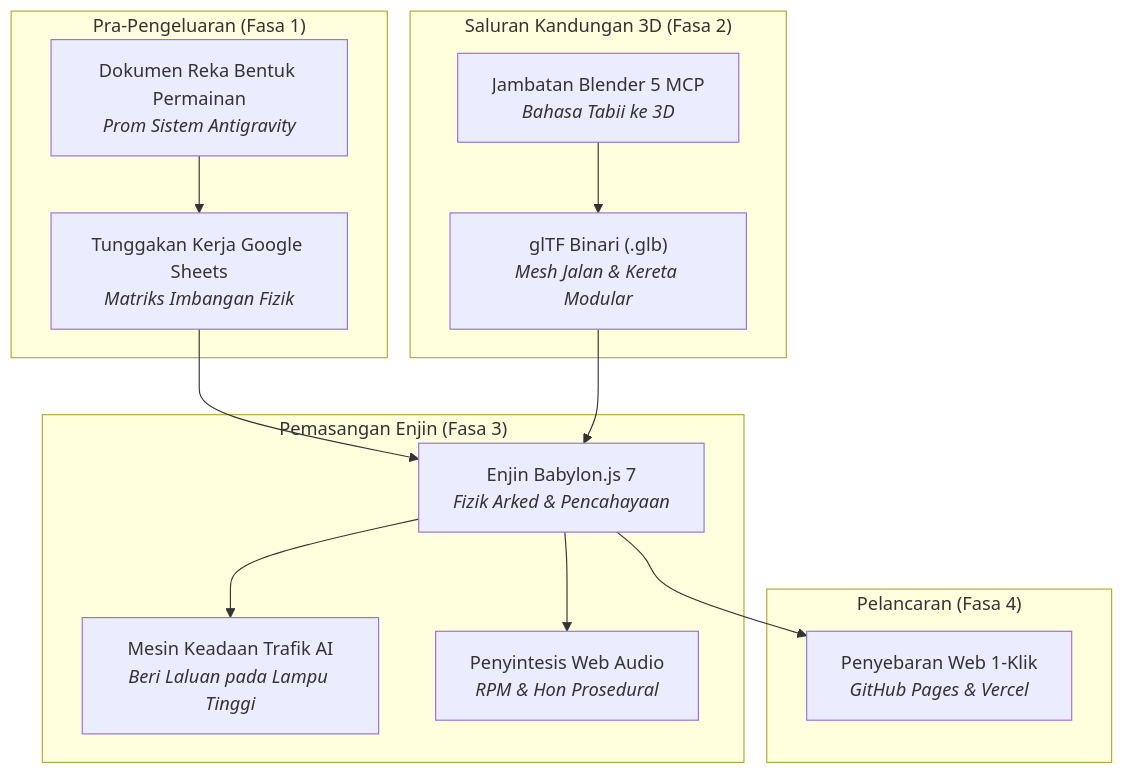
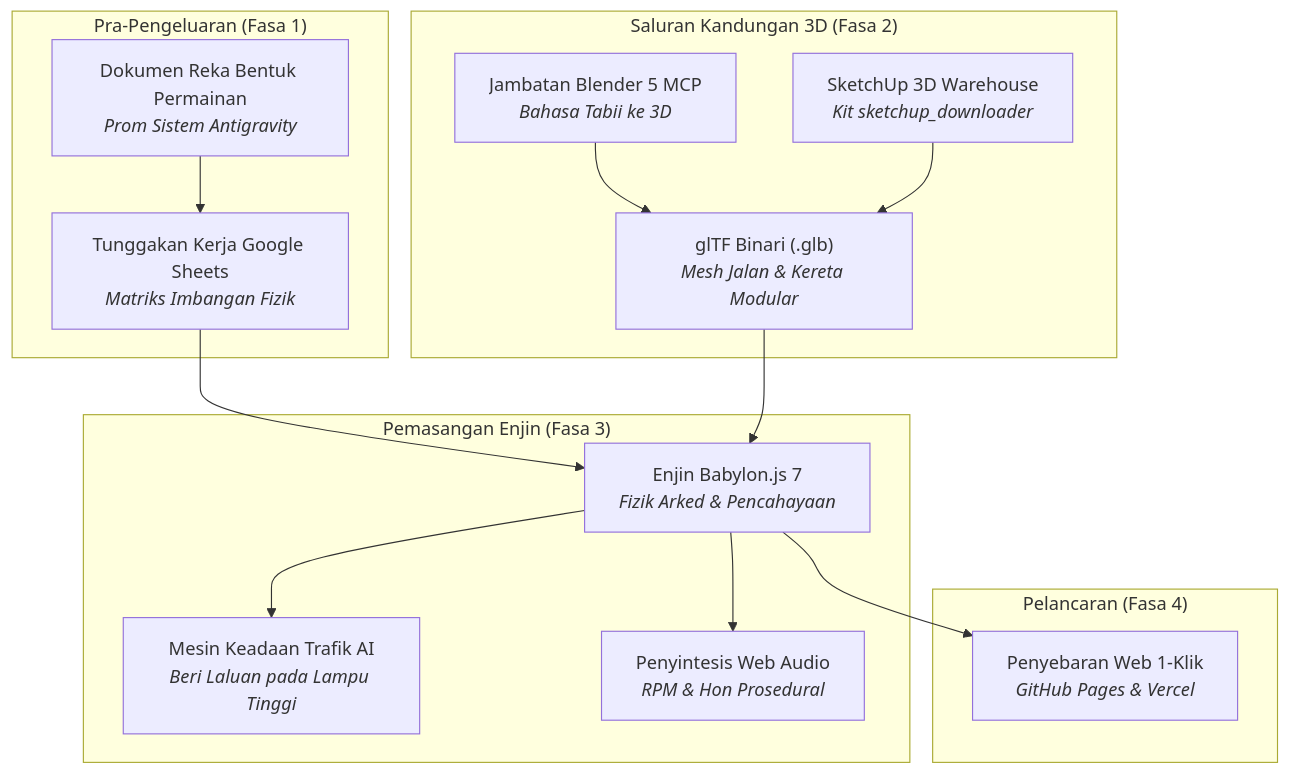
Before and after one commit to C-Fu/krackeddevs-ai-for-gaming: the diagram in README.ms-MY.md, drawn with Mermaid. The commit also changed other lines of this file and 6 other files, not shown here.

Commit message:
docs: add sketchup_downloader integration guide across READMEs and docs

````diff
--- a/README.ms-MY.md
+++ b/README.ms-MY.md
@@ -241,30 +249,32 @@
 ```mermaid
 flowchart TD
     subgraph "Pra-Pengeluaran (Fasa 1)"
         GDD["Dokumen Reka Bentuk Permainan<br/><i>Prom Sistem Antigravity</i>"]
         Sheets["Tunggakan Kerja Google Sheets<br/><i>Matriks Imbangan Fizik</i>"]
     end
 
     subgraph "Saluran Kandungan 3D (Fasa 2)"
         MCP["Jambatan Blender 5 MCP<br/><i>Bahasa Tabii ke 3D</i>"]
         GLB["glTF Binari (.glb)<br/><i>Mesh Jalan & Kereta Modular</i>"]
+        SKP["SketchUp 3D Warehouse<br/><i>Kit sketchup_downloader</i>"]
     end
 
     subgraph "Pemasangan Enjin (Fasa 3)"
         Babylon["Enjin Babylon.js 7<br/><i>Fizik Arked & Pencahayaan</i>"]
         TrafficAI["Mesin Keadaan Trafik AI<br/><i>Beri Laluan pada Lampu Tinggi</i>"]
         WebAudio["Penyintesis Web Audio<br/><i>RPM & Hon Prosedural</i>"]
     end
 
     subgraph "Pelancaran (Fasa 4)"
         Deploy["Penyebaran Web 1-Klik<br/><i>GitHub Pages & Vercel</i>"]
     end
 
     GDD --> Sheets
     Sheets --> Babylon
     MCP --> GLB
+    SKP --> GLB
     GLB --> Babylon
     Babylon --> TrafficAI
     Babylon --> WebAudio
     Babylon --> Deploy
 ```
````
